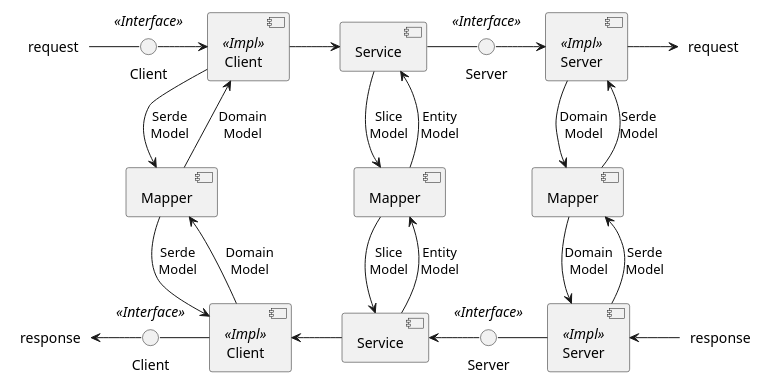
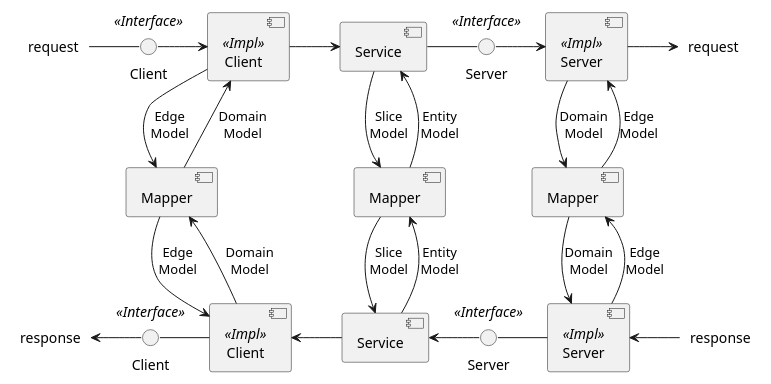
Before and after one commit to smecalculus/bezmen: the diagram in docs/solution/core.puml, drawn with PlantUML. The commit also changed 229 other files, not shown here.

```diff
--- a/docs/solution/core.puml
+++ b/docs/solution/core.puml
@@ -1,60 +1,60 @@
 @startuml
 hide stereotype
 
 skinparam nodesep 50
 skinparam ranksep 50
 
 skinparam file {
   BackgroundColor<<Nowhere>> Transparent
   BorderColor<<Nowhere>> Transparent
 }
 
 show <<Interface>> stereotype
 show <<Impl>> stereotype
 
 component Mapper as mapperIn
 component Mapper as mapper
 component Mapper as mapperOut
 
 file "request" as requestIn <<Nowhere>>
 interface Client as portIn1 <<Interface>>
 component Client as adapterIn1 <<Impl>>
 component Service as service1
 interface Server as portOut1 <<Interface>>
 component Server as adapterOut1 <<Impl>>
 file "request" as requestOut <<Nowhere>>
 
 requestIn - portIn1
 portIn1 -> adapterIn1
-adapterIn1 --> mapperIn: Serde\nModel
+adapterIn1 --> mapperIn: Edge\nModel
 adapterIn1 <-- mapperIn: Domain\nModel
 adapterIn1 -> service1
 service1 --> mapper: Slice\nModel
 service1 <-- mapper: Entity\nModel
 service1 - portOut1
 portOut1 -> adapterOut1
 adapterOut1 --> mapperOut: Domain\nModel
-adapterOut1 <-- mapperOut: Serde\nModel
+adapterOut1 <-- mapperOut: Edge\nModel
 adapterOut1 -> requestOut
 
 file "response" as responseIn <<Nowhere>>
 component Server as adapterOut2 <<Impl>>
 interface Server as portOut2 <<Interface>>
 component Service as service2
 component Client as adapterIn2 <<Impl>>
 interface Client as portIn2 <<Interface>>
 file "response" as responseOut <<Nowhere>>
 
 adapterOut2 <- responseIn
 mapperOut --> adapterOut2: Domain\nModel
-mapperOut <-- adapterOut2: Serde\nModel
+mapperOut <-- adapterOut2: Edge\nModel
 portOut2 - adapterOut2
 service2 <- portOut2
 mapper --> service2: Slice\nModel
 mapper <-- service2: Entity\nModel
 adapterIn2 <- service2
-mapperIn --> adapterIn2: Serde\nModel
+mapperIn --> adapterIn2: Edge\nModel
 mapperIn <-- adapterIn2: Domain\nModel
 portIn2 - adapterIn2
 responseOut <- portIn2
 @enduml
```
